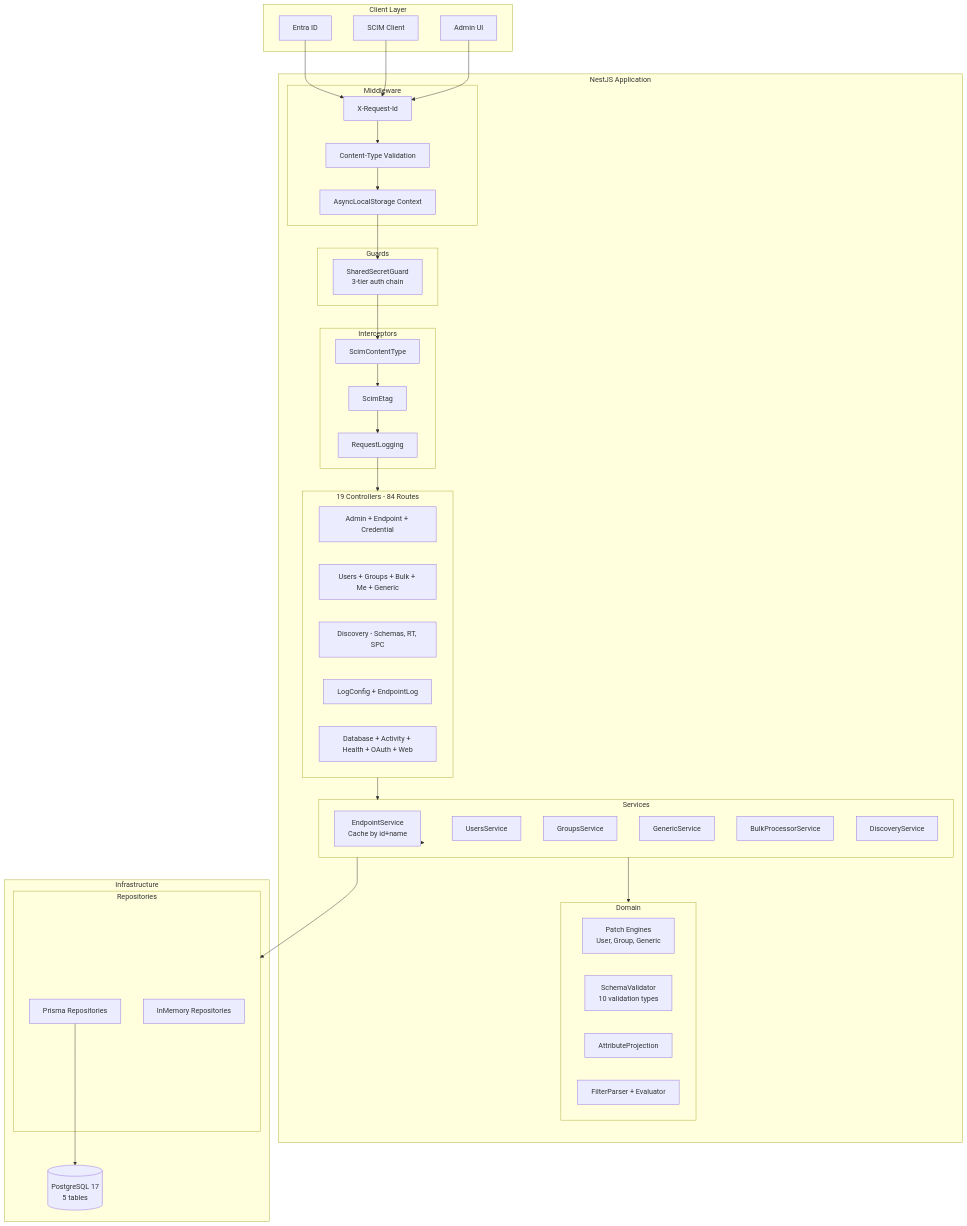
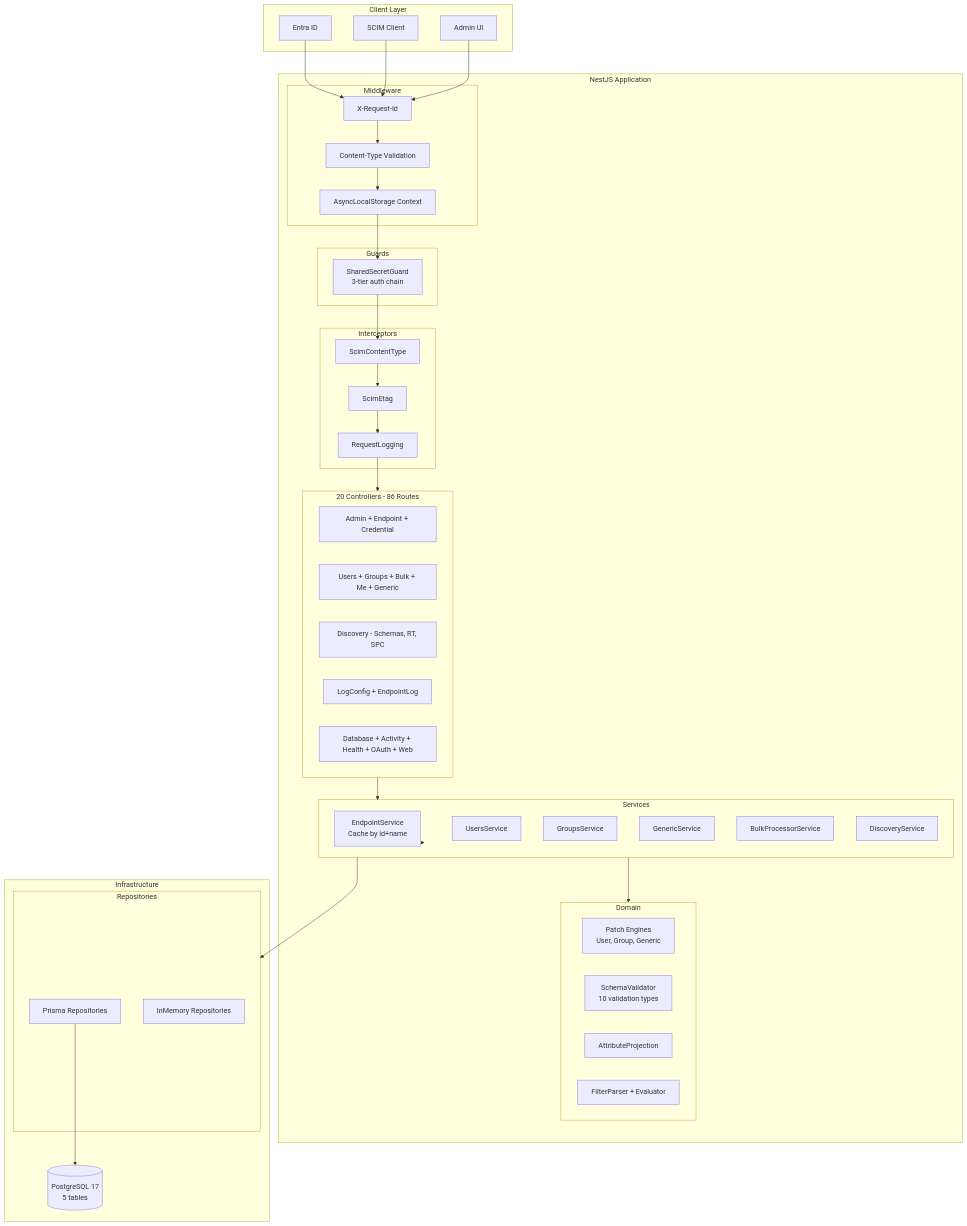
One commit to pranems/SCIMServer changed the first of 11 diagrams in docs/TECHNICAL_DESIGN_DOCUMENT.md. Above: the diagram before and after it, drawn with Mermaid. The commit also changed other lines of this file and 56 other files, not shown here.

````diff
--- a/docs/TECHNICAL_DESIGN_DOCUMENT.md
+++ b/docs/TECHNICAL_DESIGN_DOCUMENT.md
@@ -30,69 +30,69 @@
 ```mermaid
 flowchart TB
     subgraph Client Layer
         C1[Entra ID]
         C2[SCIM Client]
         C3[Admin UI]
     end
 
     subgraph NestJS Application
         subgraph Middleware
             MW1[X-Request-Id]
             MW2[Content-Type Validation]
             MW3[AsyncLocalStorage Context]
         end
 
         subgraph Guards
             G1[SharedSecretGuard<br>3-tier auth chain]
         end
 
         subgraph Interceptors
             I1[ScimContentType]
             I2[ScimEtag]
             I3[RequestLogging]
         end
 
-        subgraph Controllers [19 Controllers - 84 Routes]
+        subgraph Controllers [20 Controllers - 86 Routes]
             Admin[Admin + Endpoint + Credential]
             SCIM[Users + Groups + Bulk + Me + Generic]
             Disc[Discovery - Schemas, RT, SPC]
             Log[LogConfig + EndpointLog]
             Other[Database + Activity + Health + OAuth + Web]
         end
 
         subgraph Services
             ES[EndpointService<br>Cache by id+name]
             US[UsersService]
             GS[GroupsService]
             GenS[GenericService]
             BS[BulkProcessorService]
             DS[DiscoveryService]
         end
 
         subgraph Domain
             PE[Patch Engines<br>User, Group, Generic]
             SV[SchemaValidator<br>10 validation types]
             AP[AttributeProjection]
             FP[FilterParser + Evaluator]
         end
     end
 
     subgraph Infrastructure
         subgraph Repositories
             PR[Prisma Repositories]
             IR[InMemory Repositories]
         end
         DB[(PostgreSQL 17<br>5 tables)]
     end
 
     C1 & C2 --> MW1
     C3 --> MW1
     MW1 --> MW2 --> MW3 --> G1
     G1 --> I1 --> I2 --> I3
     I3 --> Controllers
     Controllers --> Services
     Services --> Domain
     Services --> ES
     Services --> Repositories
     PR --> DB
 ```
````
